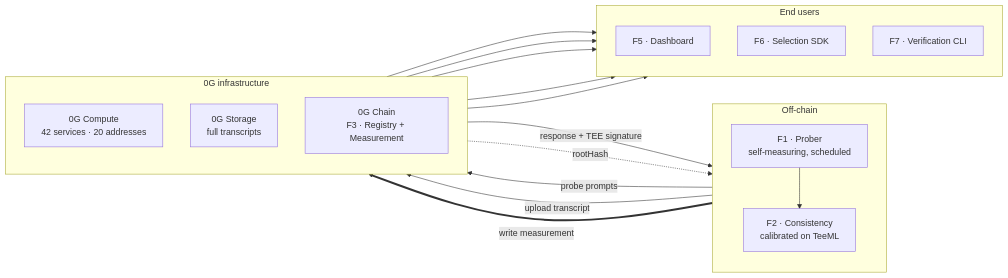
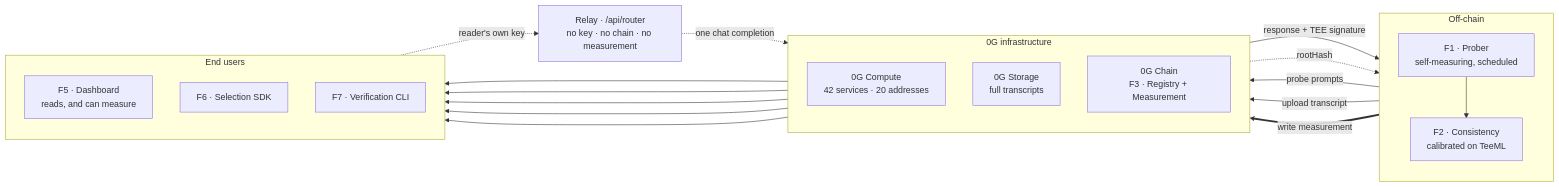
The first of 3 diagrams in docs/provider-observatory.md (hms1499/0g-provider-observatory), drawn with Mermaid before and after one commit. The commit also changed other lines of this file and 3 other files, not shown here.

First line of the commit message:
Bring the design doc up to the architecture that now exists

````diff
--- a/docs/provider-observatory.md
+++ b/docs/provider-observatory.md
@@ -233,32 +234,35 @@
 ```mermaid
 flowchart LR
   subgraph OFF["Off-chain"]
     direction TB
     P["F1 · Prober<br/>self-measuring, scheduled"]
     FP["F2 · Consistency<br/>calibrated on TeeML"]
   end
   subgraph ZG["0G infrastructure"]
     direction TB
     C["0G Compute<br/>42 services · 20 addresses"]
     S["0G Storage<br/>full transcripts"]
     CH["0G Chain<br/>F3 · Registry + Measurement"]
   end
   subgraph USE["End users"]
     direction TB
-    D["F5 · Dashboard"]
+    D["F5 · Dashboard<br/>reads, and can measure"]
     SDK["F6 · Selection SDK"]
     V["F7 · Verification CLI"]
   end
+  R["Relay · /api/router<br/>no key · no chain · no measurement"]
 
   P -->|"probe prompts"| C
   C -->|"response + TEE signature"| P
   P --> FP
   FP -->|"upload transcript"| S
   S -.->|"rootHash"| P
   P ==>|"write measurement"| CH
   CH --> D
   S --> D
   CH --> SDK
   CH --> V
   S --> V
+  D -.->|"reader's own key"| R
+  R -.->|"one chat completion"| C
 ```
````
